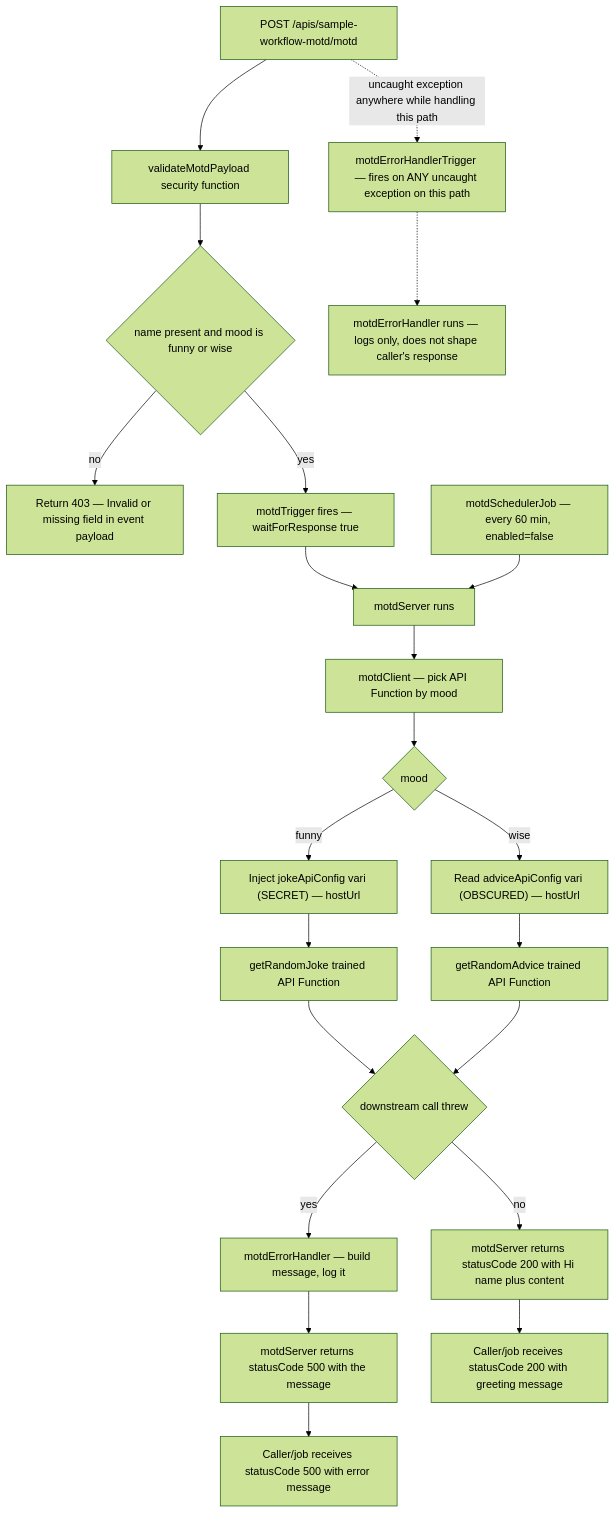
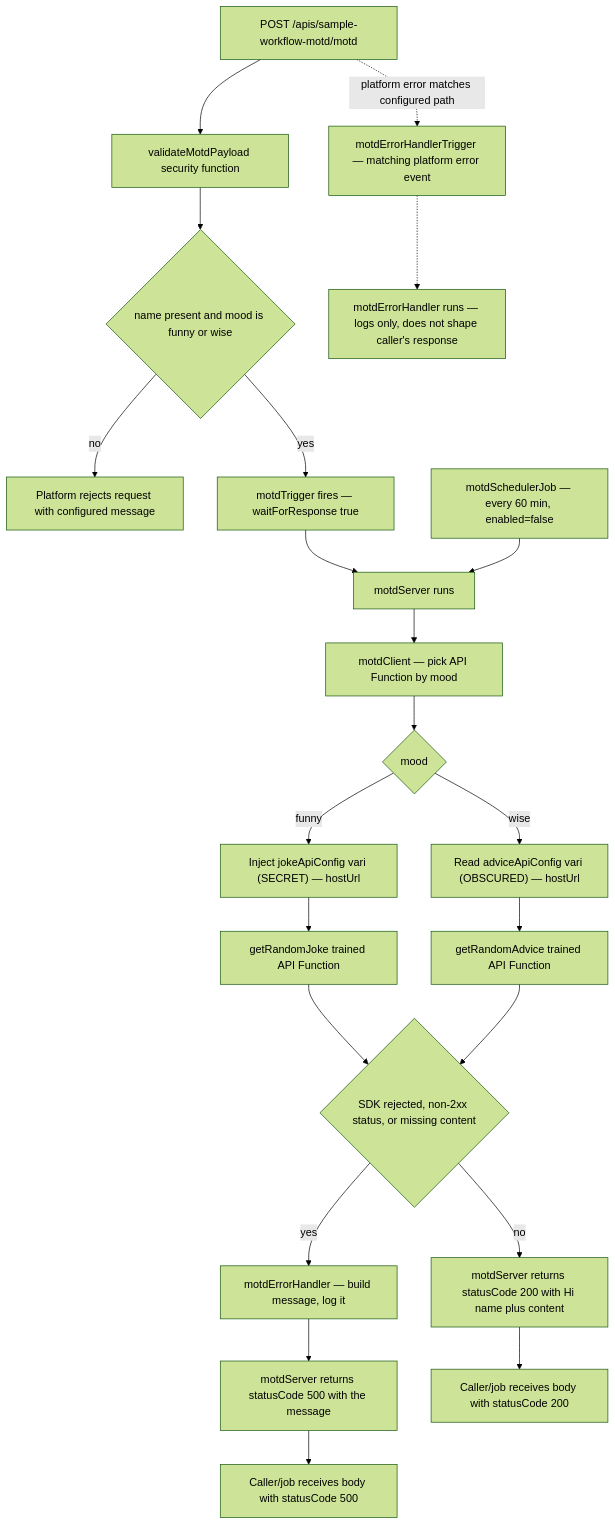
Before and after one commit to polyapi/poly-ts-project-template: the third of 3 diagrams in workflows/src/sampleWorkflow/README.md, drawn with Mermaid (forest theme). The commit also changed other lines of this file and 29 other files, not shown here.

````diff
--- a/workflows/src/sampleWorkflow/README.md
+++ b/workflows/src/sampleWorkflow/README.md
@@ -325,46 +502,46 @@
 ```mermaid
 flowchart TD
     S0["POST /apis/sample-workflow-motd/motd"]
     S1["validateMotdPayload security function"]
     D1{"name present and mood is funny or wise"}
-    END_403["Return 403 — Invalid or missing field in event payload"]
+    END_REJECT["Platform rejects request with configured message"]
     S2["motdTrigger fires — waitForResponse true"]
     J0["motdSchedulerJob — every 60 min, enabled=false"]
     S3["motdServer runs"]
     S4["motdClient — pick API Function by mood"]
     D2{"mood"}
     S5a["Inject jokeApiConfig vari (SECRET) — hostUrl"]
     S5["getRandomJoke trained API Function"]
     S6a["Read adviceApiConfig vari (OBSCURED) — hostUrl"]
     S6["getRandomAdvice trained API Function"]
-    D3{"downstream call threw"}
+    D3{"SDK rejected, non-2xx status, or missing content"}
     S7["motdErrorHandler — build message, log it"]
     S8err["motdServer returns statusCode 500 with the message"]
-    END_ERR["Caller/job receives statusCode 500 with error message"]
+    END_ERR["Caller/job receives body with statusCode 500"]
     S8["motdServer returns statusCode 200 with Hi name plus content"]
-    END_OK["Caller/job receives statusCode 200 with greeting message"]
-    SAFETY["motdErrorHandlerTrigger — fires on ANY uncaught exception on this path"]
+    END_OK["Caller/job receives body with statusCode 200"]
+    SAFETY["motdErrorHandlerTrigger — matching platform error event"]
     END_SAFETY["motdErrorHandler runs — logs only, does not shape caller's response"]
 
     S0 --> S1
     S1 --> D1
-    D1 -->|no| END_403
+    D1 -->|no| END_REJECT
     D1 -->|yes| S2
     S2 --> S3
     J0 --> S3
     S3 --> S4
     S4 --> D2
     D2 -->|funny| S5a
     S5a --> S5
     D2 -->|wise| S6a
     S6a --> S6
     S5 --> D3
     S6 --> D3
     D3 -->|yes| S7
     S7 --> S8err
     S8err --> END_ERR
     D3 -->|no| S8
     S8 --> END_OK
-    S0 -.->|uncaught exception anywhere while handling this path| SAFETY
+    S0 -.->|platform error matches configured path| SAFETY
     SAFETY -.-> END_SAFETY
 ```
````
